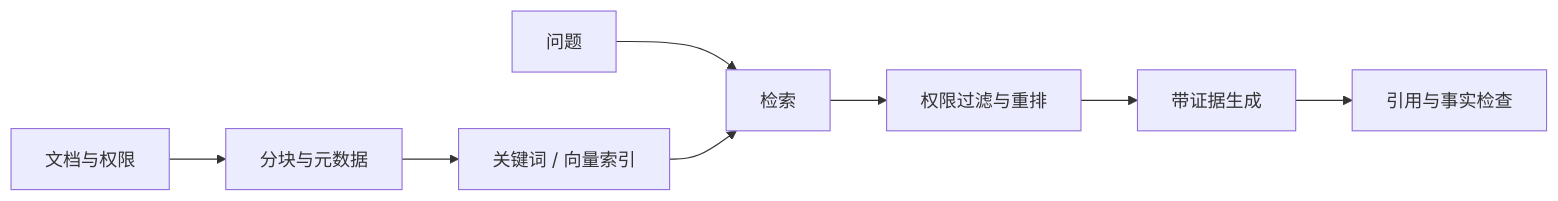
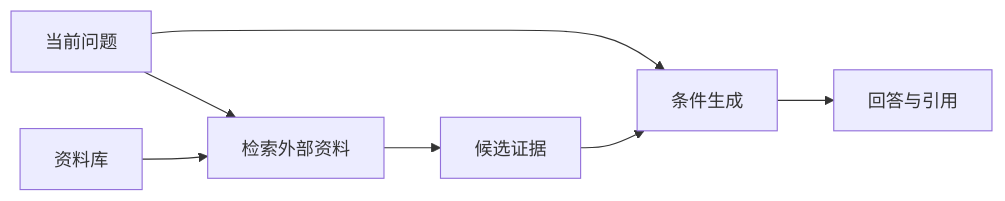
Before and after one commit to Cypher-hey/footprint: the first of 3 diagrams in docs/note/ai/06-retrieval.md, drawn with Mermaid. The commit also changed other lines of this file and 22 other files, not shown here.

Commit message:
docs(ai): unify conceptual explanations, progressive diagrams and cross-topic knowledge ownership

````diff
--- a/docs/note/ai/06-retrieval.md
+++ b/docs/note/ai/06-retrieval.md
@@ -17,10 +18,9 @@
 ```mermaid
 flowchart LR
-    D["文档与权限"] --> C["分块与元数据"]
-    C --> I["关键词 / 向量索引"]
-    Q["问题"] --> R["检索"]
-    I --> R
-    R --> F["权限过滤与重排"]
-    F --> G["带证据生成"]
-    G --> V["引用与事实检查"]
+    Q["当前问题"] --> R["检索外部资料"]
+    K["资料库"] --> R
+    R --> E["候选证据"]
+    Q --> G["条件生成"]
+    E --> G
+    G --> A["回答与引用"]
 ```
````
